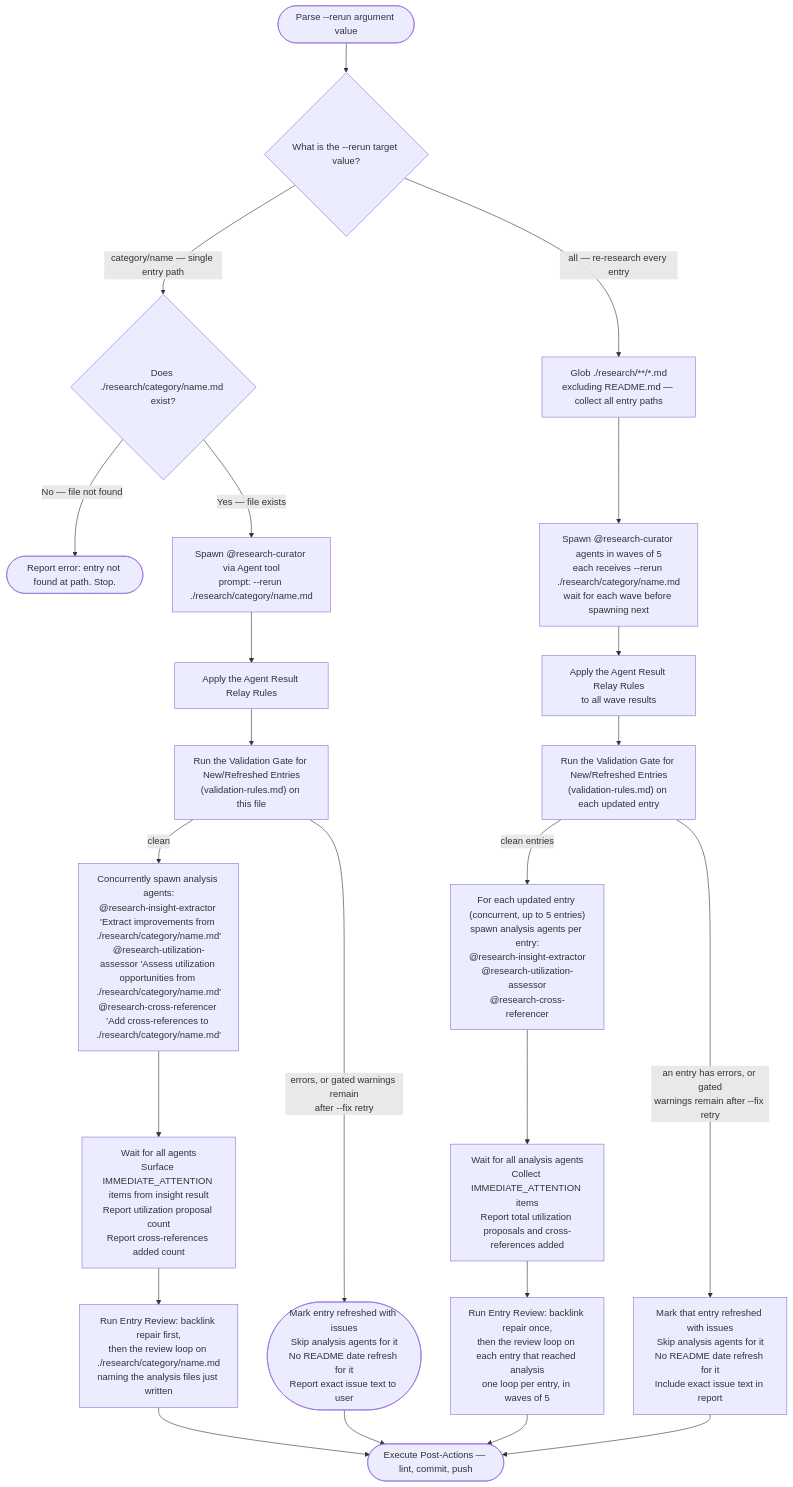
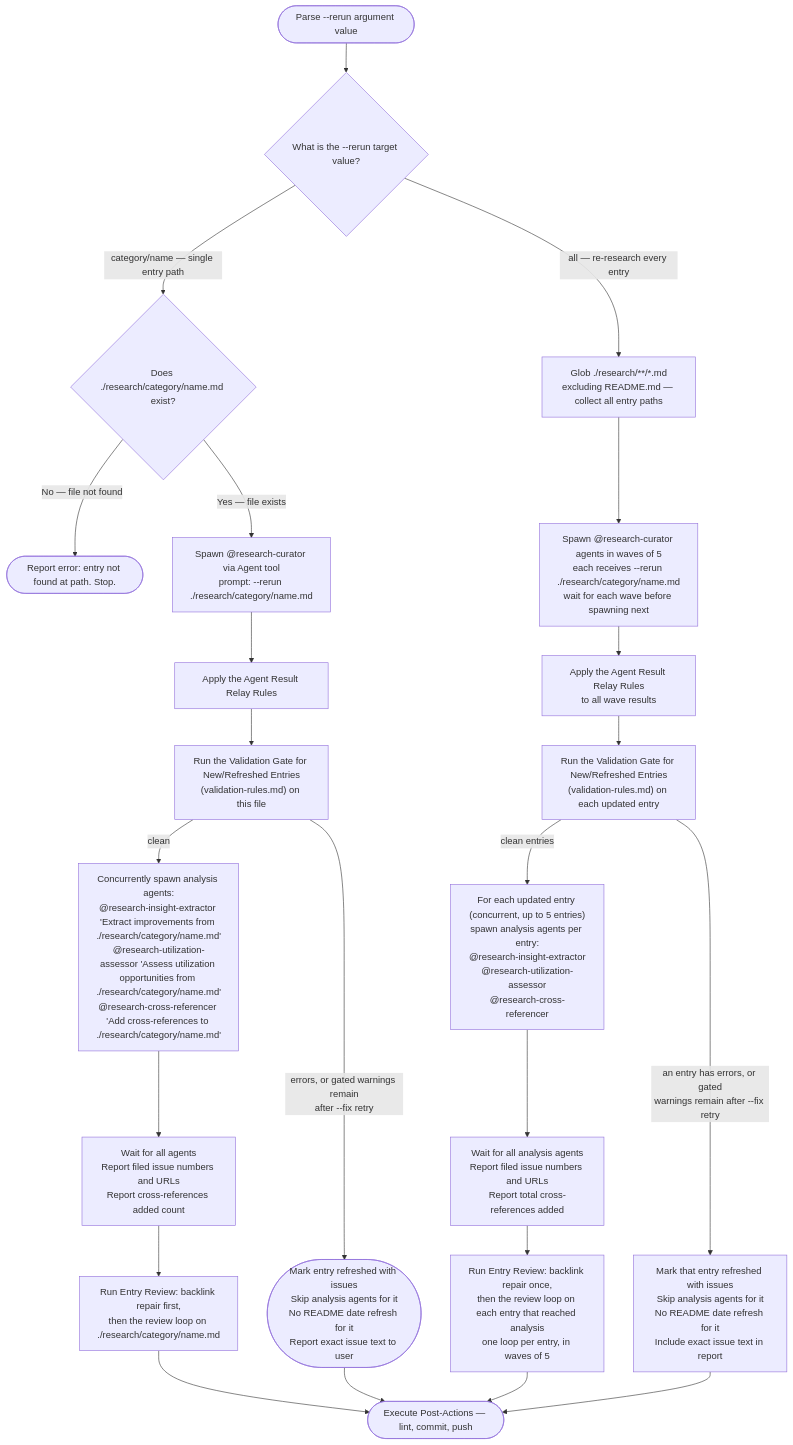
Before and after one commit to Jamie-BitFlight/claude_skills: the second of 4 diagrams in .claude/skills/research-curator/SKILL.md, drawn with Mermaid. The commit also changed other lines of this file and 13 other files, not shown here.

````diff
--- a/.claude/skills/research-curator/SKILL.md
+++ b/.claude/skills/research-curator/SKILL.md
@@ -173,25 +172,25 @@
 ```mermaid
 flowchart TD
     Start(["Parse --rerun argument value"]) --> Q{"What is the --rerun target value?"}
     Q -->|"category/name — single entry path"| VerifyFile{"Does ./research/category/name.md exist?"}
     Q -->|"all — re-research every entry"| FindAll["Glob ./research/**/*.md<br>excluding README.md — collect all entry paths"]
     VerifyFile -->|"No — file not found"| Missing(["Report error: entry not found at path. Stop."])
     VerifyFile -->|"Yes — file exists"| Spawn1["Spawn @research-curator via Agent tool<br>prompt: --rerun ./research/category/name.md"]
     Spawn1 --> RelayCheck1["Apply the Agent Result Relay Rules"]
     RelayCheck1 --> Validate1["Run the Validation Gate for New/Refreshed Entries<br>(validation-rules.md) on this file"]
     Validate1 -->|"errors, or gated warnings remain<br>after --fix retry"| Issues1(["Mark entry refreshed with issues<br>Skip analysis agents for it<br>No README date refresh for it<br>Report exact issue text to user"])
     Validate1 -->|"clean"| SpawnAnalysis1["Concurrently spawn analysis agents:<br>@research-insight-extractor 'Extract improvements from ./research/category/name.md'<br>@research-utilization-assessor 'Assess utilization opportunities from ./research/category/name.md'<br>@research-cross-referencer 'Add cross-references to ./research/category/name.md'"]
     FindAll --> WaveSpawn["Spawn @research-curator agents in waves of 5<br>each receives --rerun ./research/category/name.md<br>wait for each wave before spawning next"]
     WaveSpawn --> RelayCheck2["Apply the Agent Result Relay Rules<br>to all wave results"]
     RelayCheck2 --> ValidateN["Run the Validation Gate for New/Refreshed Entries<br>(validation-rules.md) on each updated entry"]
     ValidateN -->|"an entry has errors, or gated<br>warnings remain after --fix retry"| IssuesN["Mark that entry refreshed with issues<br>Skip analysis agents for it<br>No README date refresh for it<br>Include exact issue text in report"]
     ValidateN -->|"clean entries"| SpawnAnalysisN["For each updated entry (concurrent, up to 5 entries)<br>spawn analysis agents per entry:<br>@research-insight-extractor<br>@research-utilization-assessor<br>@research-cross-referencer"]
-    SpawnAnalysis1 --> WaitAnalysis1["Wait for all agents<br>Surface IMMEDIATE_ATTENTION items from insight result<br>Report utilization proposal count<br>Report cross-references added count"]
-    WaitAnalysis1 --> Review1["Run Entry Review: backlink repair first,<br>then the review loop on ./research/category/name.md<br>naming the analysis files just written"]
+    SpawnAnalysis1 --> WaitAnalysis1["Wait for all agents<br>Report filed issue numbers and URLs<br>Report cross-references added count"]
+    WaitAnalysis1 --> Review1["Run Entry Review: backlink repair first,<br>then the review loop on ./research/category/name.md"]
     Review1 --> PostActions(["Execute Post-Actions — lint, commit, push"])
     Issues1 --> PostActions
-    SpawnAnalysisN --> WaitAnalysisN["Wait for all analysis agents<br>Collect IMMEDIATE_ATTENTION items<br>Report total utilization proposals and cross-references added"]
+    SpawnAnalysisN --> WaitAnalysisN["Wait for all analysis agents<br>Report filed issue numbers and URLs<br>Report total cross-references added"]
     WaitAnalysisN --> ReviewN["Run Entry Review: backlink repair once,<br>then the review loop on each entry that reached analysis<br>one loop per entry, in waves of 5"]
     ReviewN --> PostActions
     IssuesN --> PostActions
 ```
````
